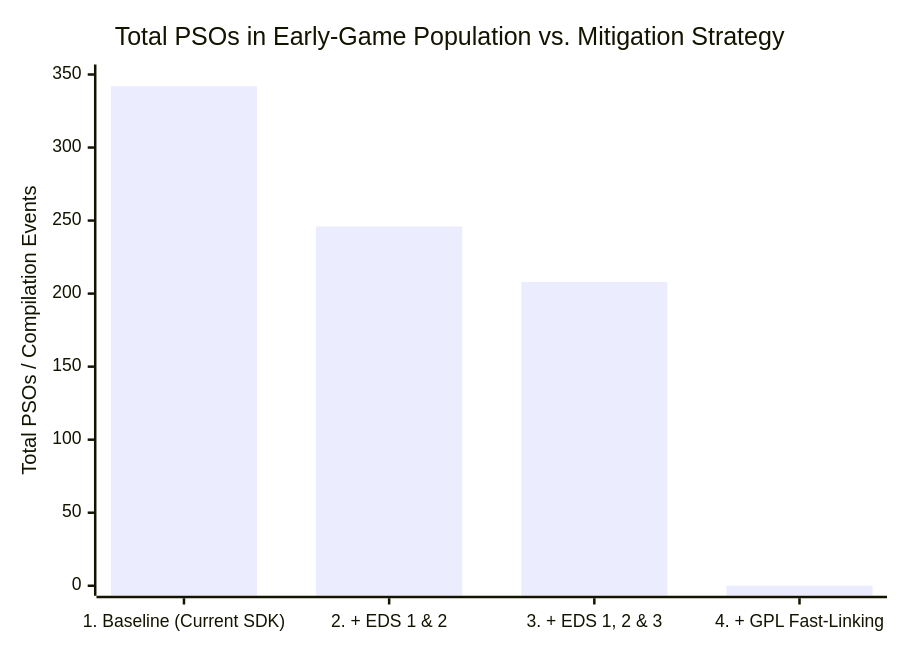
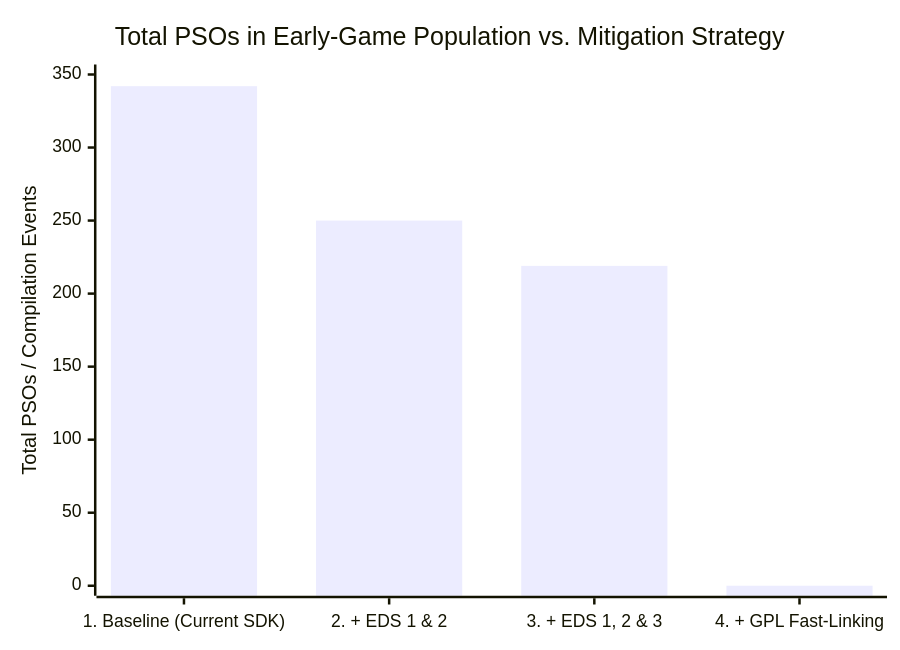
The second of 4 diagrams in docs/discovery/D7-feature-support.md (kelvynzucco/majistic-recomp), drawn with Mermaid before and after one commit. The commit also changed other lines of this file and 1 other file, not shown here.

````diff
--- a/docs/discovery/D7-feature-support.md
+++ b/docs/discovery/D7-feature-support.md
@@ -133,7 +133,7 @@
 ```mermaid
 xychart-beta
     title "Total PSOs in Early-Game Population vs. Mitigation Strategy"
     x-axis ["1. Baseline (Current SDK)", "2. + EDS 1 & 2", "3. + EDS 1, 2 & 3", "4. + GPL Fast-Linking"]
     y-axis "Total PSOs / Compilation Events" 0 --> 350
-    bar [342, 246, 208, 0]
+    bar [342, 250, 219, 0]
 ```
````
